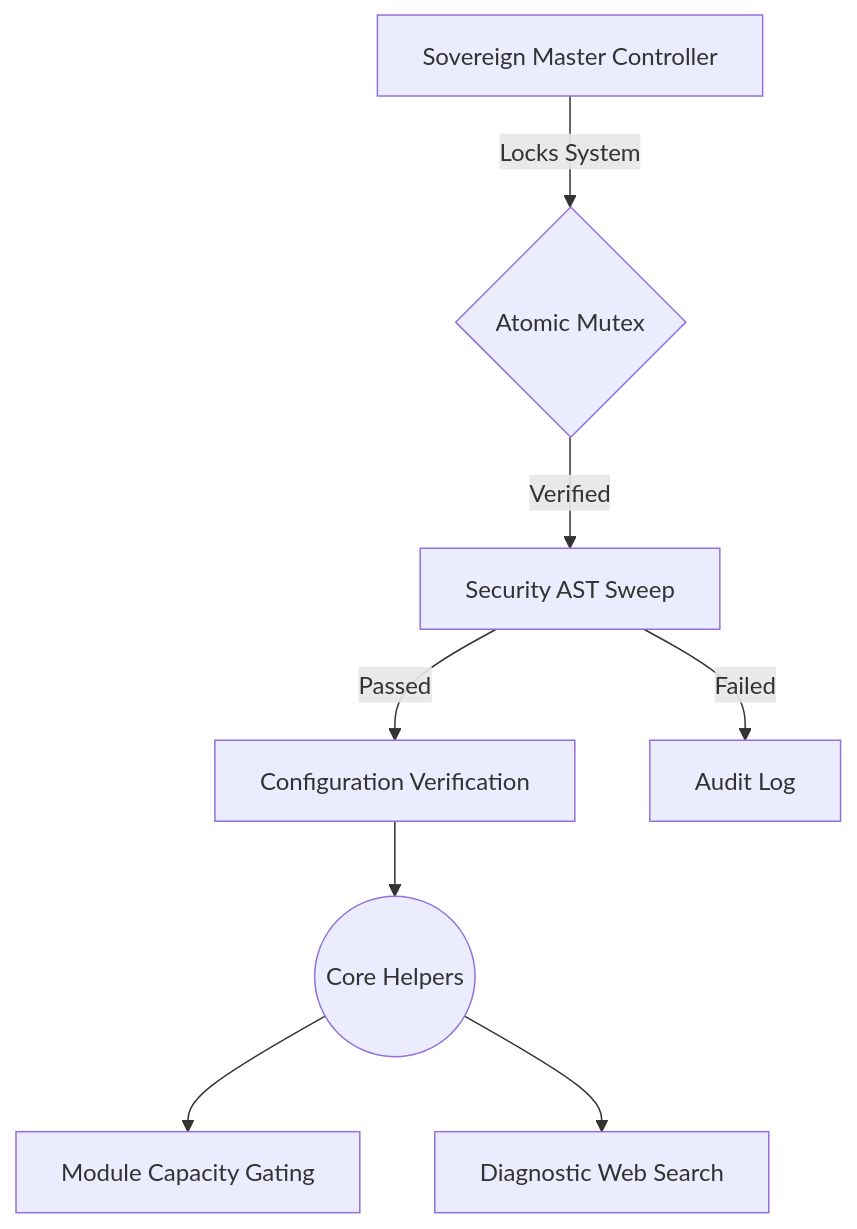
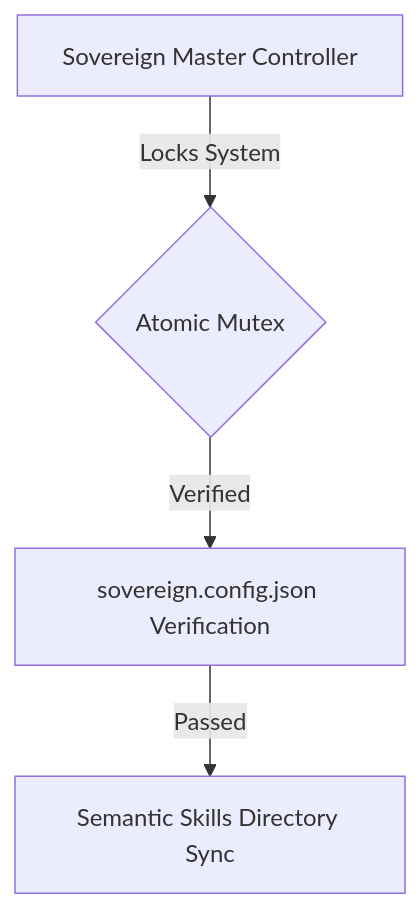
One commit to tejaswin-amara/Sovereign-OS changed the diagram in README.md. Above: the diagram before and after it, drawn with Mermaid. The commit also changed other lines of this file and 102 other files, not shown here.

````diff
--- a/README.md
+++ b/README.md
@@ -39,12 +35,6 @@
 ```mermaid
 graph TD
     A[Sovereign Master Controller] -->|Locks System| B{Atomic Mutex}
-    B -->|Verified| C[Security AST Sweep]
-    C -->|Passed| D[Configuration Verification]
-    
-    D --> E((Core Helpers))
-    E --> F[Module Capacity Gating]
-    E --> G[Diagnostic Web Search]
-    
-    C -->|Failed| X[Audit Log]
+    B -->|Verified| C[sovereign.config.json Verification]
+    C -->|Passed| D[Semantic Skills Directory Sync]
 ```
````
